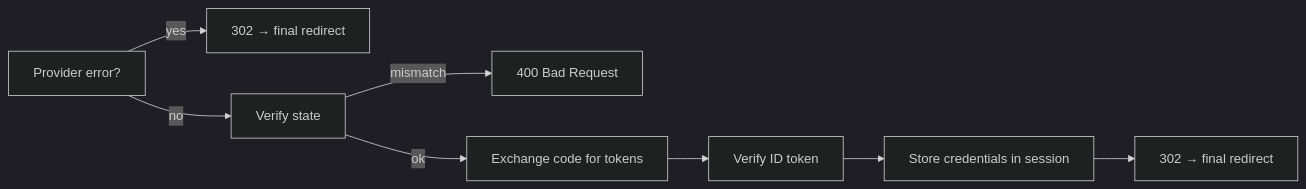
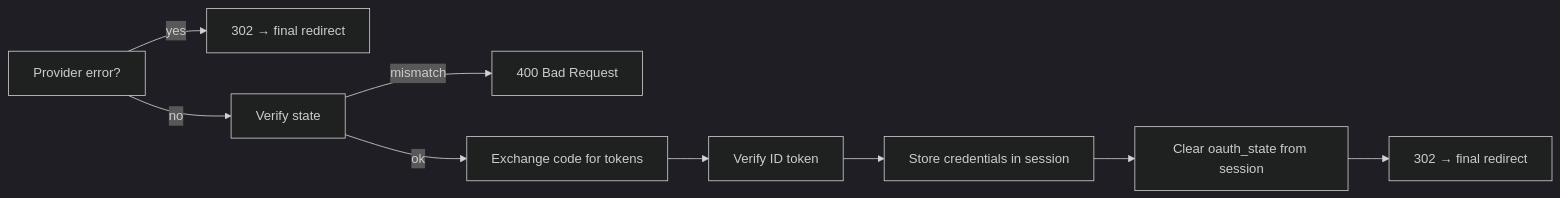
The second of 2 diagrams in docs/api/views.md (masterPiece93/django-gauth), drawn with Mermaid (dark theme) before and after one commit. The commit also changed other lines of this file and 6 other files, not shown here.

````diff
--- a/docs/api/views.md
+++ b/docs/api/views.md
@@ -95,10 +95,11 @@
 ```mermaid
 flowchart LR
     A[Provider error?] -->|yes| Z[302 → final redirect]
     A -->|no| B[Verify state]
     B -->|mismatch| X[400 Bad Request]
     B -->|ok| C[Exchange code for tokens]
     C --> D[Verify ID token]
     D --> E[Store credentials in session]
-    E --> F[302 → final redirect]
+    E --> G[Clear oauth_state from session]
+    G --> F[302 → final redirect]
 ```
````
